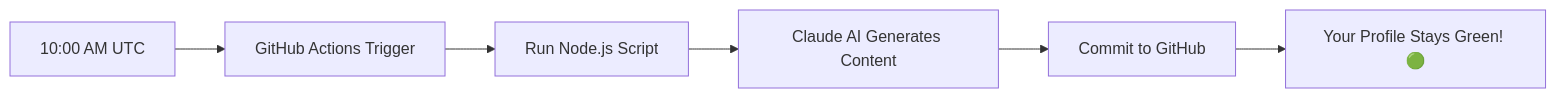
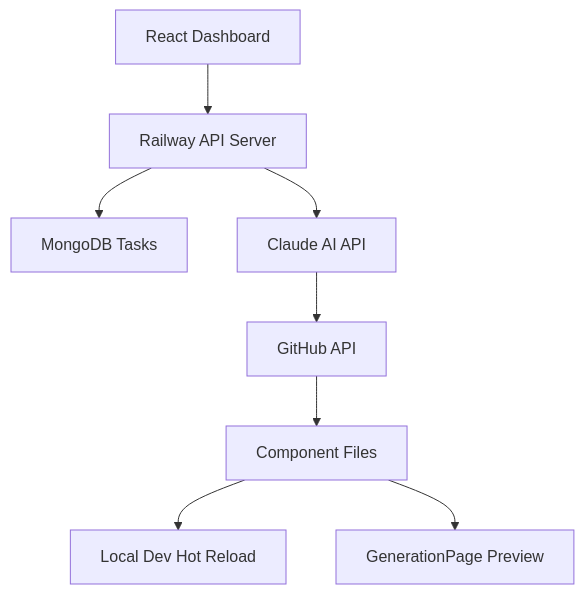
Before and after one commit to MRKrog/ai-experiment: the first of 2 diagrams in README.md, drawn with Mermaid. The commit also changed other lines of this file and 5 other files, not shown here.

````diff
--- a/README.md
+++ b/README.md
@@ -117,8 +23,10 @@
 ```mermaid
-graph LR
-    A[10:00 AM UTC] --> B[GitHub Actions Trigger]
-    B --> C[Run Node.js Script]
-    C --> D[Claude AI Generates Content]
-    D --> E[Commit to GitHub]
-    E --> F[Your Profile Stays Green! 🟢]
+graph TB
+    A[React Dashboard] --> B[Railway API Server]
+    B --> C[MongoDB Tasks]
+    B --> D[Claude AI API]
+    D --> E[GitHub API]
+    E --> F[Component Files]
+    F --> G[Local Dev Hot Reload]
+    F --> H[GenerationPage Preview]
 ```
````
